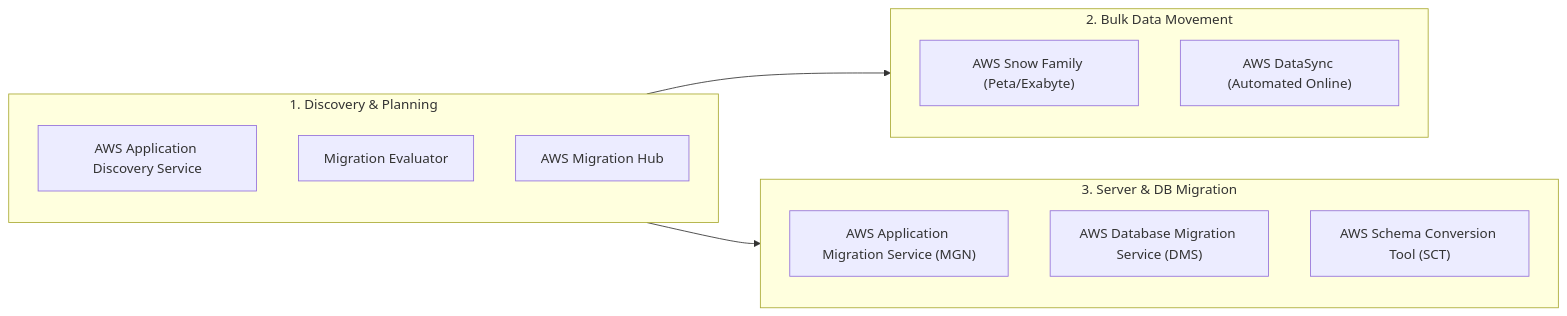
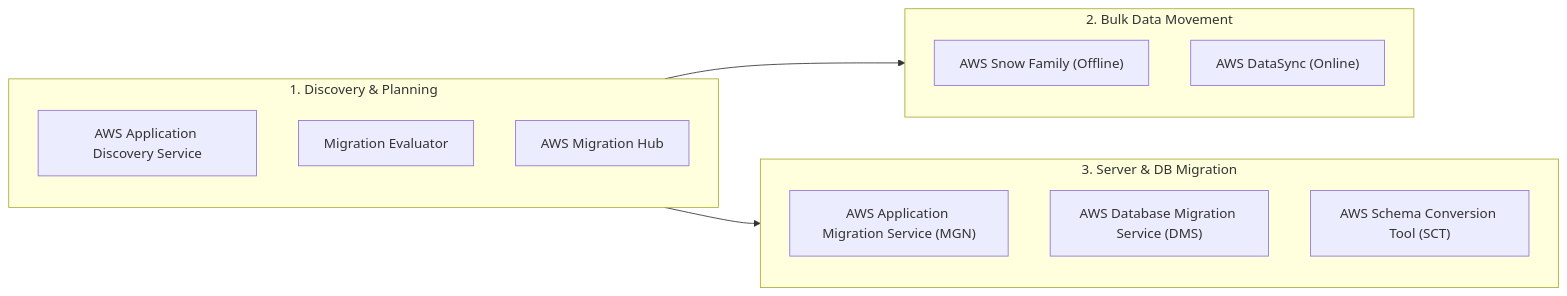
One commit to fakhruldeen/AWS changed the fourth of 4 diagrams in Cloud/Practitioner/CLF-C02/09_Notes_and_Cheatsheets/concepts/Cloud_Adoption_Framework_CAF.md. Above: the diagram before and after it, drawn with Mermaid. The commit also changed other lines of this file and 2 other files, not shown here.

````diff
--- a/Cloud/Practitioner/CLF-C02/09_Notes_and_Cheatsheets/concepts/Cloud_Adoption_Framework_CAF.md
+++ b/Cloud/Practitioner/CLF-C02/09_Notes_and_Cheatsheets/concepts/Cloud_Adoption_Framework_CAF.md
@@ -115,22 +134,22 @@
 ```mermaid
 flowchart LR
     subgraph Discovery ["1. Discovery & Planning"]
         ADS["AWS Application Discovery Service"]
         ME["Migration Evaluator"]
         MH["AWS Migration Hub"]
     end
 
     subgraph DataTransfer ["2. Bulk Data Movement"]
-        Snow["AWS Snow Family (Peta/Exabyte)"]
-        Sync["AWS DataSync (Automated Online)"]
+        Snow["AWS Snow Family (Offline)"]
+        Sync["AWS DataSync (Online)"]
     end
 
     subgraph Execution ["3. Server & DB Migration"]
         MGN["AWS Application Migration Service (MGN)"]
         DMS["AWS Database Migration Service (DMS)"]
         SCT["AWS Schema Conversion Tool (SCT)"]
     end
 
     Discovery --> DataTransfer
     Discovery --> Execution
 ```
````
